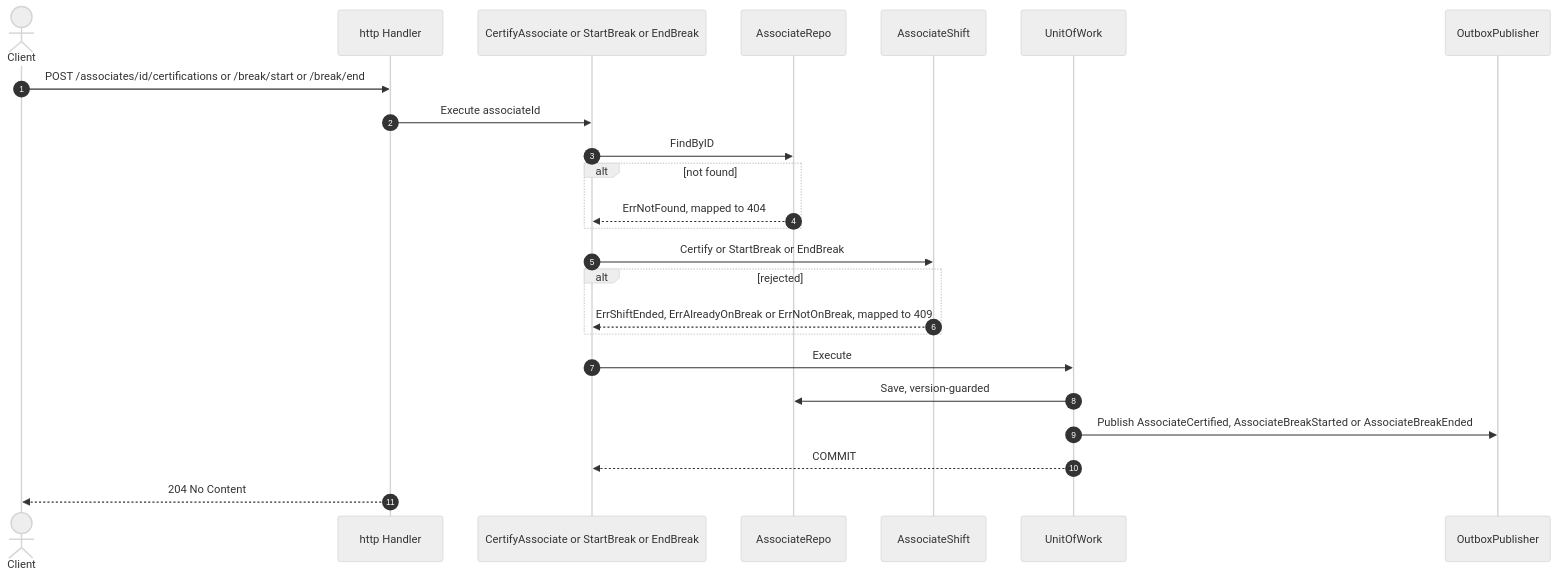
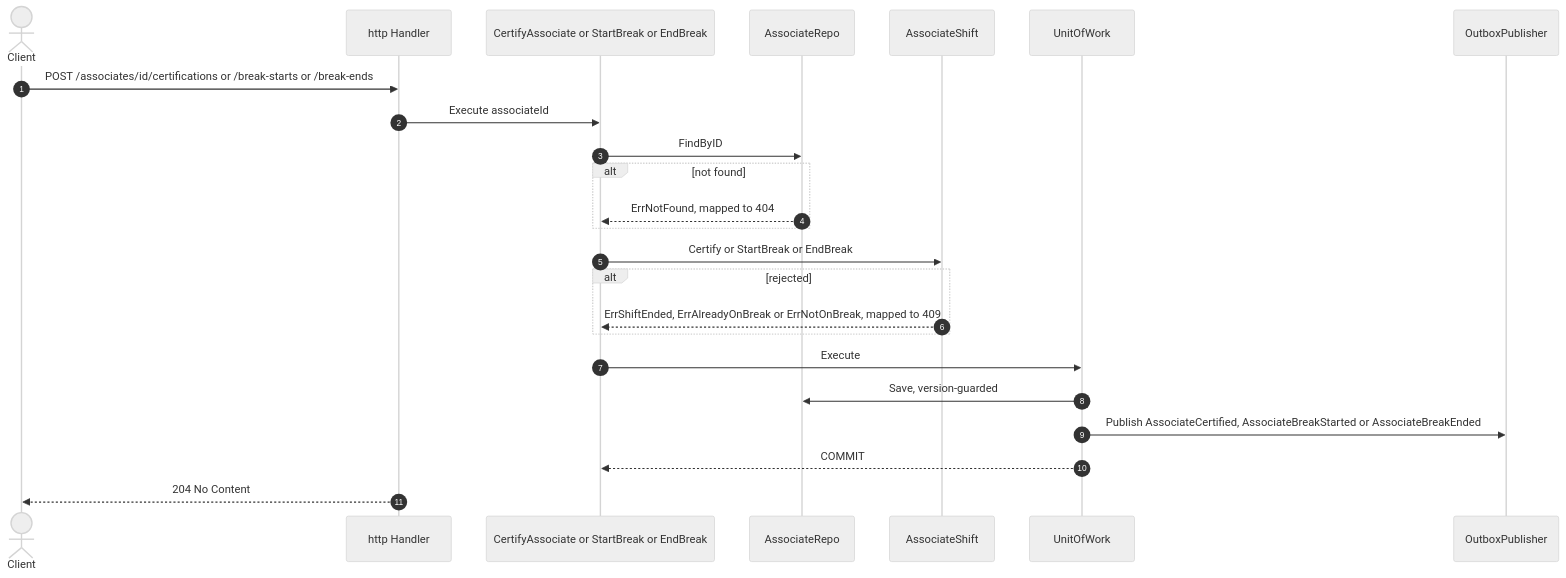
One commit to IQVO/warehouse-docs changed the fourth of 7 diagrams in docs/contexts/workforce-management/sequence-diagrams.md. Above: the diagram before and after it, drawn with Mermaid (neutral theme). The commit also changed other lines of this file and 272 other files, not shown here.

````diff
--- a/docs/contexts/workforce-management/sequence-diagrams.md
+++ b/docs/contexts/workforce-management/sequence-diagrams.md
@@ -223,26 +223,26 @@
 ```mermaid
 sequenceDiagram
     autonumber
     actor Client
     participant H as http Handler
     participant UC as CertifyAssociate or StartBreak or EndBreak
     participant AR as AssociateRepo
     participant AS as AssociateShift
     participant UoW as UnitOfWork
     participant OB as OutboxPublisher
-    Client->>H: POST /associates/id/certifications or /break/start or /break/end
+    Client->>H: POST /associates/id/certifications or /break-starts or /break-ends
     H->>UC: Execute associateId
     UC->>AR: FindByID
     alt not found
         AR-->>UC: ErrNotFound, mapped to 404
     end
     UC->>AS: Certify or StartBreak or EndBreak
     alt rejected
         AS-->>UC: ErrShiftEnded, ErrAlreadyOnBreak or ErrNotOnBreak, mapped to 409
     end
     UC->>UoW: Execute
     UoW->>AR: Save, version-guarded
     UoW->>OB: Publish AssociateCertified, AssociateBreakStarted or AssociateBreakEnded
     UoW-->>UC: COMMIT
     H-->>Client: 204 No Content
 ```
````
